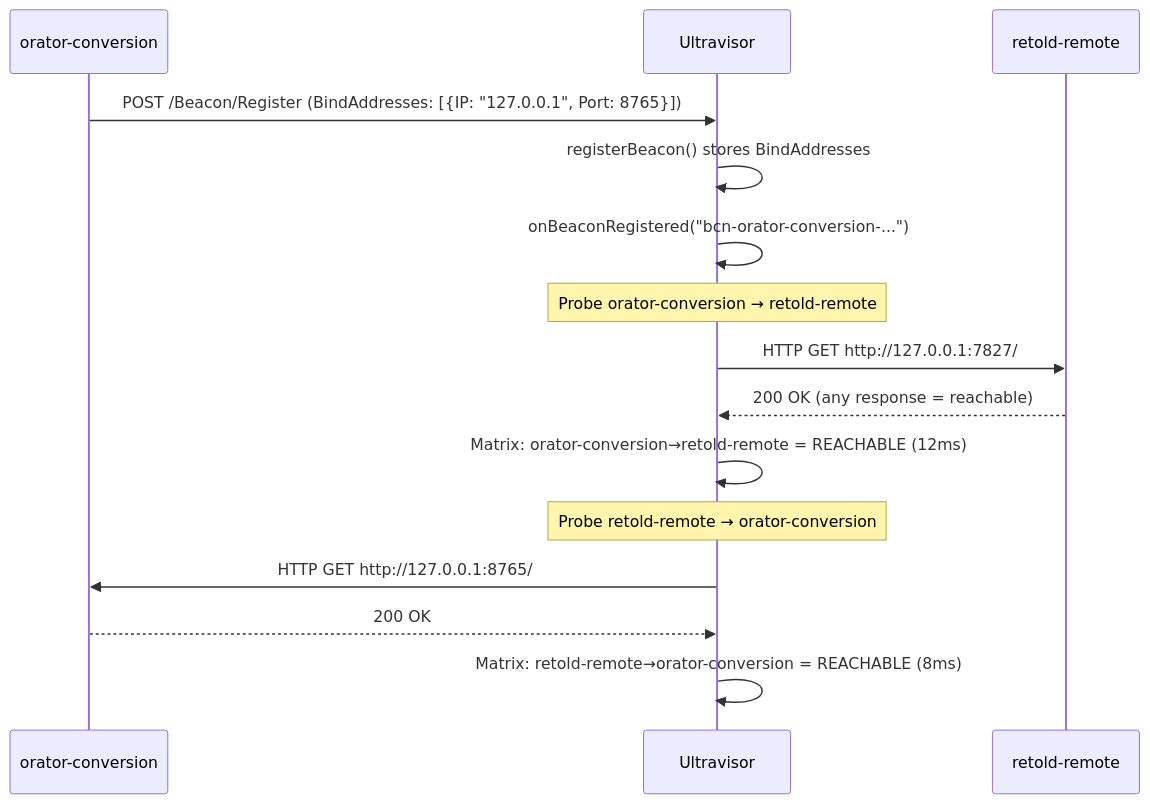
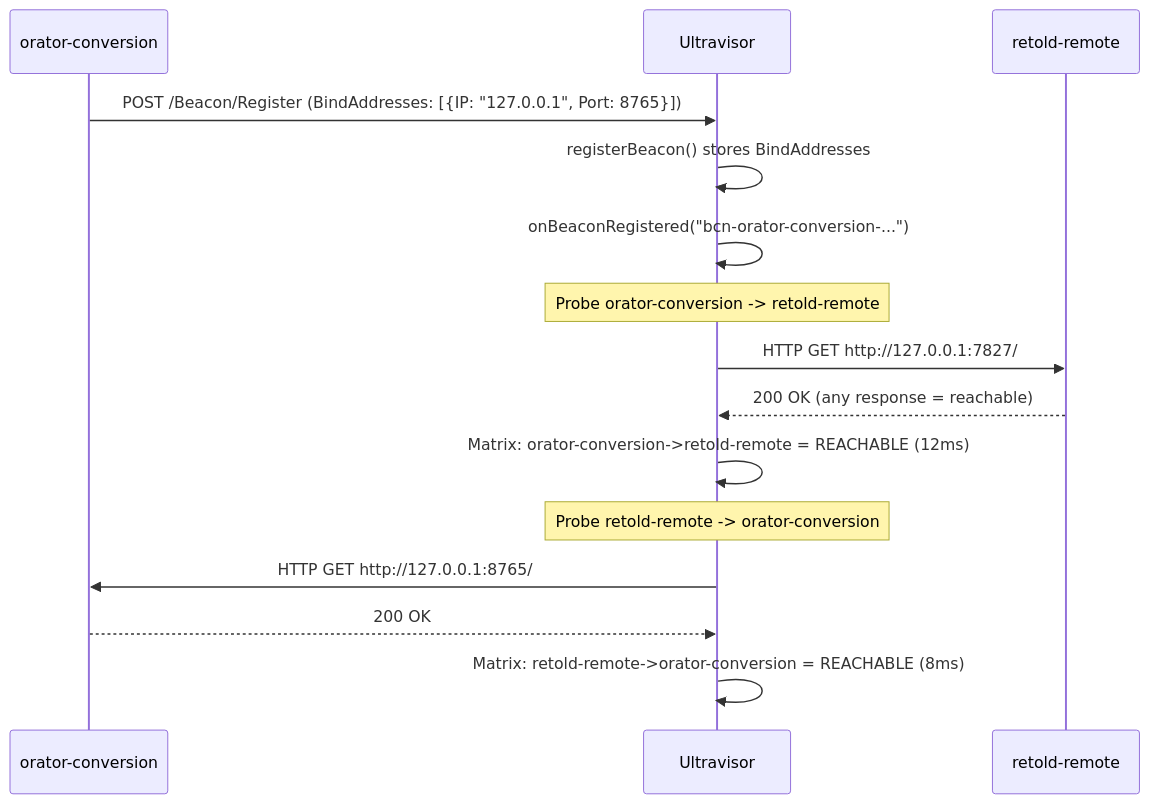
Before and after one commit to stevenvelozo/ultravisor: the second of 3 diagrams in docs/features/reachability-matrix.md, drawn with Mermaid. The commit also changed other lines of this file and 18 other files, not shown here.

````diff
--- a/docs/features/reachability-matrix.md
+++ b/docs/features/reachability-matrix.md
@@ -43,20 +43,20 @@
 ```mermaid
 sequenceDiagram
     participant OC as orator-conversion
     participant UV as Ultravisor
     participant RR as retold-remote
 
     OC->>UV: POST /Beacon/Register (BindAddresses: [{IP: "127.0.0.1", Port: 8765}])
     UV->>UV: registerBeacon() stores BindAddresses
     UV->>UV: onBeaconRegistered("bcn-orator-conversion-...")
 
-    Note over UV: Probe orator-conversion → retold-remote
+    Note over UV: Probe orator-conversion -> retold-remote
     UV->>RR: HTTP GET http://127.0.0.1:7827/
     RR-->>UV: 200 OK (any response = reachable)
-    UV->>UV: Matrix: orator-conversion→retold-remote = REACHABLE (12ms)
+    UV->>UV: Matrix: orator-conversion->retold-remote = REACHABLE (12ms)
 
-    Note over UV: Probe retold-remote → orator-conversion
+    Note over UV: Probe retold-remote -> orator-conversion
     UV->>OC: HTTP GET http://127.0.0.1:8765/
     OC-->>UV: 200 OK
-    UV->>UV: Matrix: retold-remote→orator-conversion = REACHABLE (8ms)
+    UV->>UV: Matrix: retold-remote->orator-conversion = REACHABLE (8ms)
 ```
````
